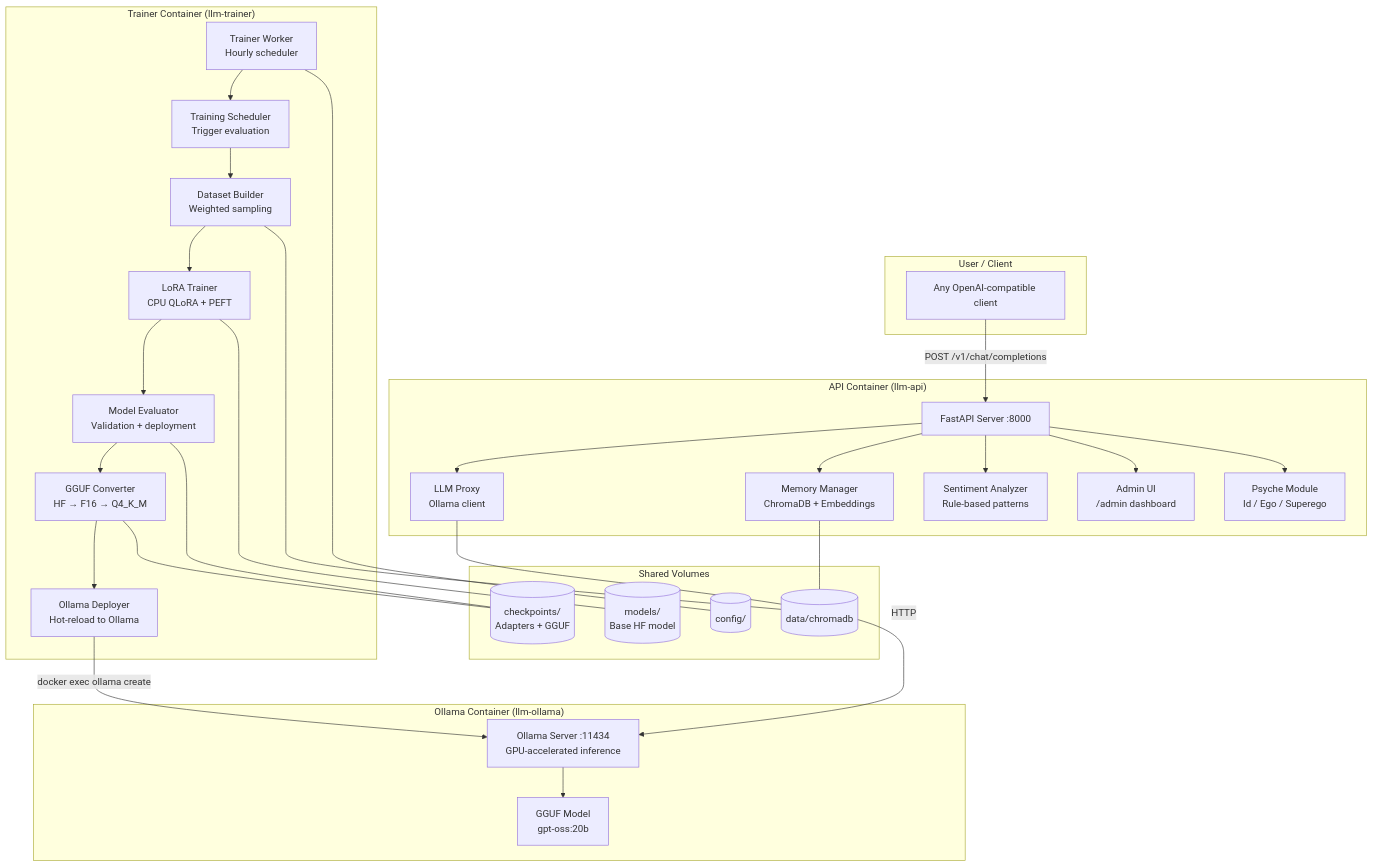
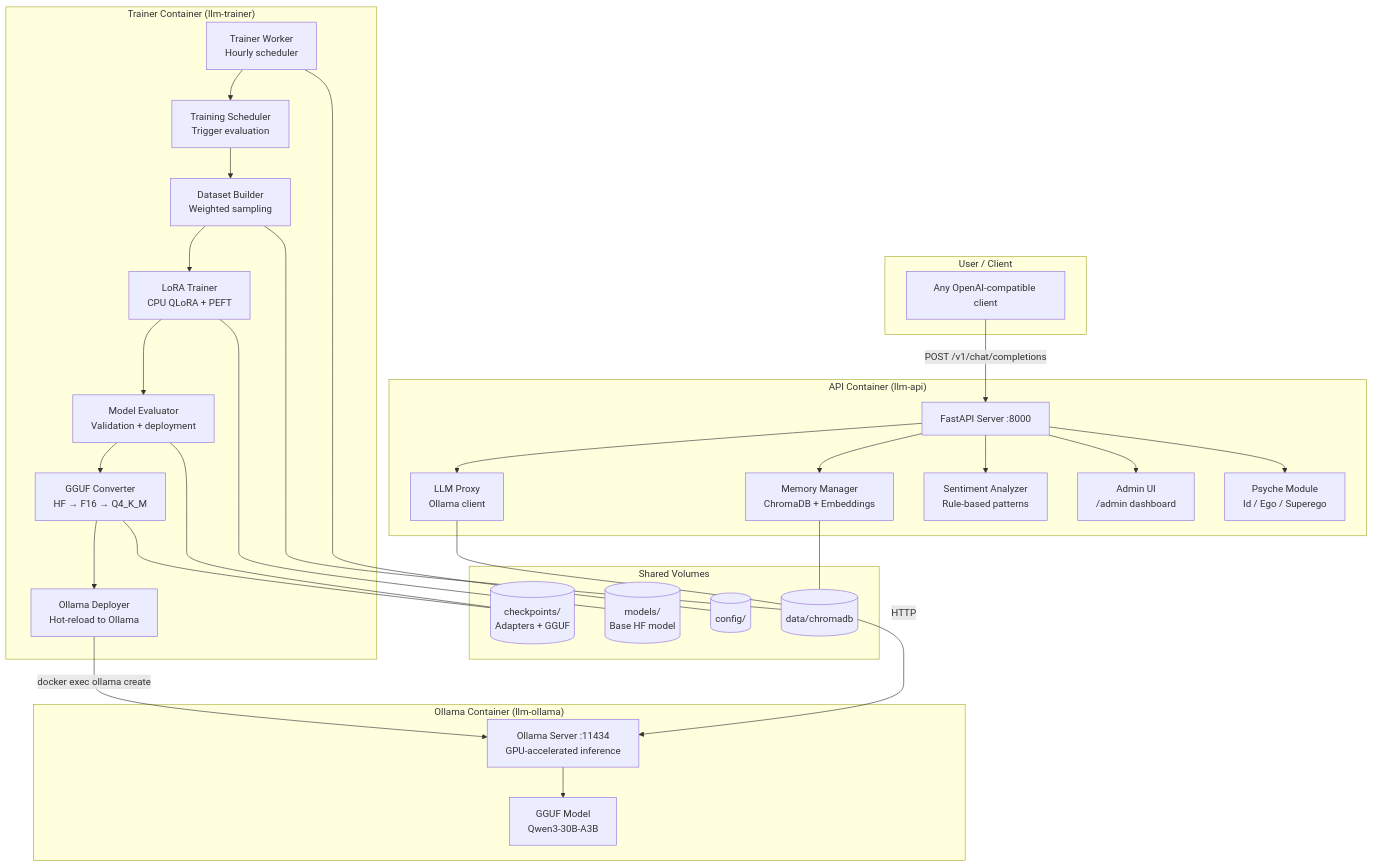
The first of 7 diagrams in FOR_NERDS.md (manikmakki/Project-RLHFL), drawn with Mermaid before and after one commit. The commit also changed 17 other files, not shown here.

Commit message:
Testing Qwen3 model

````diff
--- a/FOR_NERDS.md
+++ b/FOR_NERDS.md
@@ -9,61 +9,61 @@
 ```mermaid
 graph TB
     subgraph "User / Client"
         C[Any OpenAI-compatible client]
     end
 
     subgraph "API Container (llm-api)"
         FP[FastAPI Server :8000]
         LE[LLM Proxy<br/>Ollama client]
         MM[Memory Manager<br/>ChromaDB + Embeddings]
         SA[Sentiment Analyzer<br/>Rule-based patterns]
         AU[Admin UI<br/>/admin dashboard]
         PS[Psyche Module<br/>Id / Ego / Superego]
     end
 
     subgraph "Ollama Container (llm-ollama)"
         OL[Ollama Server :11434<br/>GPU-accelerated inference]
-        GGUF[GGUF Model<br/>gpt-oss:20b]
+        GGUF[GGUF Model<br/>Qwen3-30B-A3B]
     end
 
     subgraph "Trainer Container (llm-trainer)"
         TW[Trainer Worker<br/>Hourly scheduler]
         TS[Training Scheduler<br/>Trigger evaluation]
         DB[Dataset Builder<br/>Weighted sampling]
         LT[LoRA Trainer<br/>CPU QLoRA + PEFT]
         ME[Model Evaluator<br/>Validation + deployment]
         GC[GGUF Converter<br/>HF → F16 → Q4_K_M]
         OD[Ollama Deployer<br/>Hot-reload to Ollama]
     end
 
     subgraph "Shared Volumes"
         MOD[(models/<br/>Base HF model)]
         DAT[(data/chromadb)]
         CKP[(checkpoints/<br/>Adapters + GGUF)]
         CFG[(config/)]
     end
 
     C -->|POST /v1/chat/completions| FP
     FP --> LE
     FP --> MM
     FP --> SA
     FP --> AU
     FP --> PS
 
     LE -->|HTTP| OL
     OL --> GGUF
     MM --- DAT
     TW --> TS
     TS --> DB
     DB --> LT
     LT --> ME
     ME --> GC
     GC --> OD
     OD -->|docker exec ollama create| OL
 
     DB --- DAT
     LT --- MOD
     ME --- CKP
     GC --- CKP
     TW --- CFG
 ```
````
